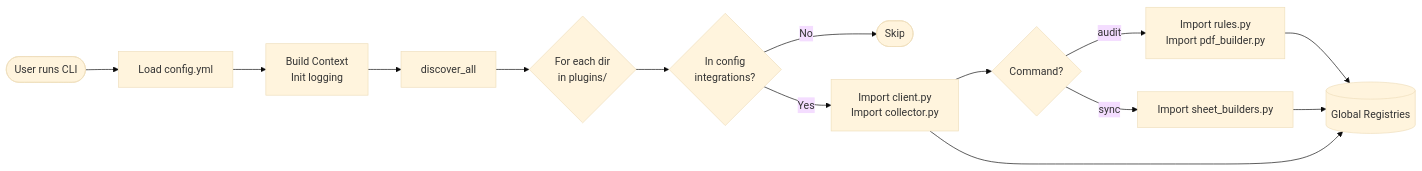
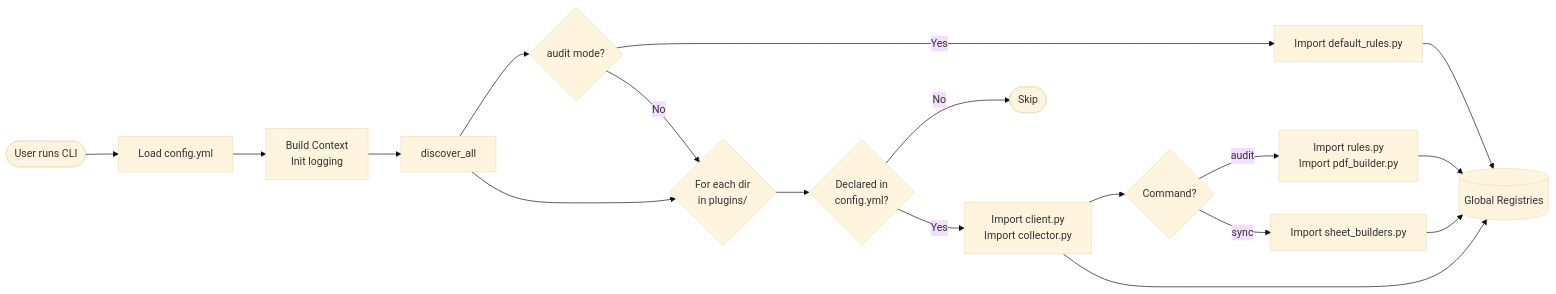
One commit to Kyonew/assets-guardian changed the second of 6 diagrams in docs/markdown/ARCHITECTURE.md. Above: the diagram before and after it, drawn with Mermaid (base theme). The commit also changed other lines of this file and 89 other files, not shown here.

````diff
--- a/docs/markdown/ARCHITECTURE.md
+++ b/docs/markdown/ARCHITECTURE.md
@@ -63,19 +71,24 @@
 ```mermaid
 flowchart LR
     A([User runs CLI]) --> B[Load config.yml]
     B --> C["Build Context<br/>Init logging"]
     C --> D[discover_all]
 
+    D --> DR{"audit mode?"}
+    DR -- Yes --> DRL["Import default_rules.py"]
+    DRL --> L
+    DR -- No --> E
+
     D --> E{"For each dir<br/>in plugins/"}
-    E --> F{"In config<br/>integrations?"}
+    E --> F{"Declared in<br/>config.yml?"}
     F -- No --> G([Skip])
     F -- Yes --> H["Import client.py<br/>Import collector.py"]
 
     H --> I{Command?}
     I -- audit --> J["Import rules.py<br/>Import pdf_builder.py"]
     I -- sync --> K[Import sheet_builders.py]
 
     J --> L[(Global Registries)]
     K --> L
     H --> L
 ```
````
